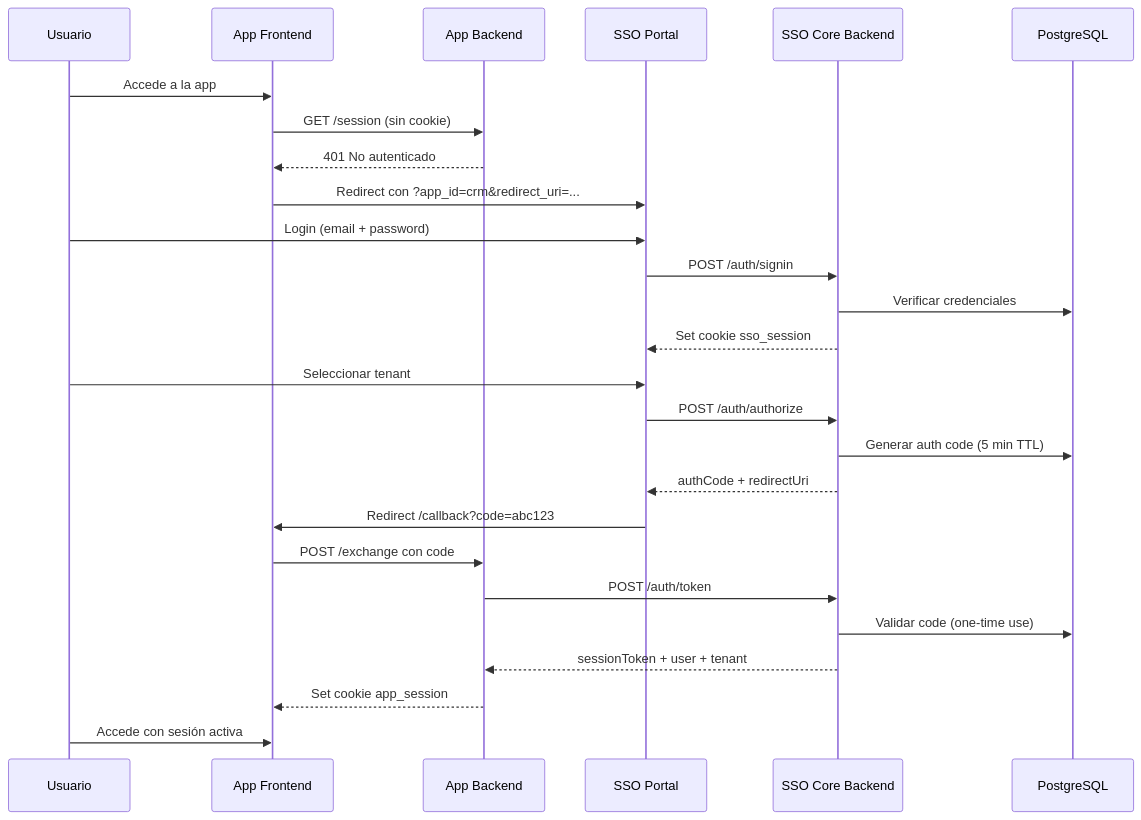
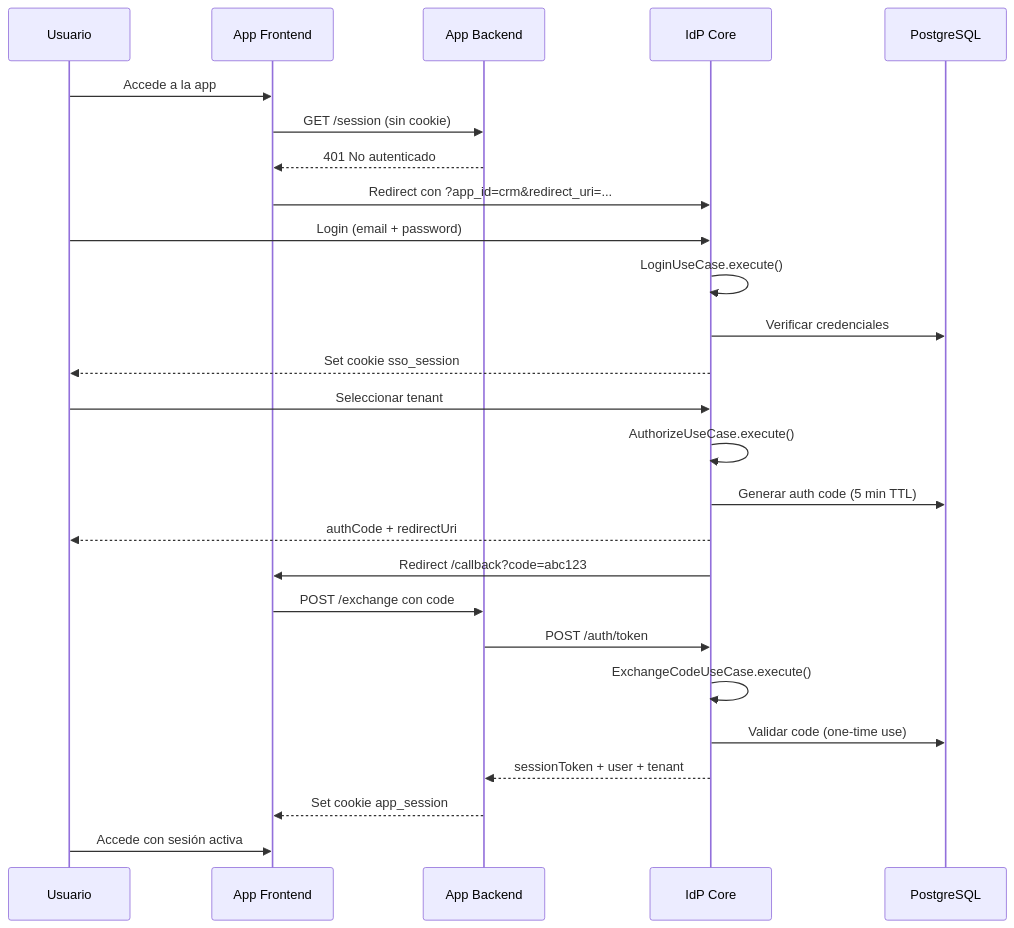
The second of 2 diagrams in docs/shared/architecture.md (cmontesvergara/sso-core), drawn with Mermaid before and after one commit. The commit also changed other lines of this file and 14 other files, not shown here.

````diff
--- a/docs/shared/architecture.md
+++ b/docs/shared/architecture.md
@@ -91,33 +151,33 @@
 ```mermaid
 sequenceDiagram
     participant User as Usuario
     participant App as App Frontend
     participant AppBE as App Backend
-    participant SSO as SSO Portal
-    participant SSOBE as SSO Core Backend
+    participant SSO as IdP Core
     participant DB as PostgreSQL
 
     User->>App: Accede a la app
     App->>AppBE: GET /session (sin cookie)
     AppBE-->>App: 401 No autenticado
     App->>SSO: Redirect con ?app_id=crm&redirect_uri=...
 
     User->>SSO: Login (email + password)
-    SSO->>SSOBE: POST /auth/signin
-    SSOBE->>DB: Verificar credenciales
-    SSOBE-->>SSO: Set cookie sso_session
+    SSO->>SSO: LoginUseCase.execute()
+    SSO->>DB: Verificar credenciales
+    SSO-->>User: Set cookie sso_session
 
     User->>SSO: Seleccionar tenant
-    SSO->>SSOBE: POST /auth/authorize
-    SSOBE->>DB: Generar auth code (5 min TTL)
-    SSOBE-->>SSO: authCode + redirectUri
+    SSO->>SSO: AuthorizeUseCase.execute()
+    SSO->>DB: Generar auth code (5 min TTL)
+    SSO-->>User: authCode + redirectUri
 
     SSO->>App: Redirect /callback?code=abc123
     App->>AppBE: POST /exchange con code
-    AppBE->>SSOBE: POST /auth/token
-    SSOBE->>DB: Validar code (one-time use)
-    SSOBE-->>AppBE: sessionToken + user + tenant
+    AppBE->>SSO: POST /auth/token
+    SSO->>SSO: ExchangeCodeUseCase.execute()
+    SSO->>DB: Validar code (one-time use)
+    SSO-->>AppBE: sessionToken + user + tenant
     AppBE-->>App: Set cookie app_session
 
     User->>App: Accede con sesión activa
 ```
````
